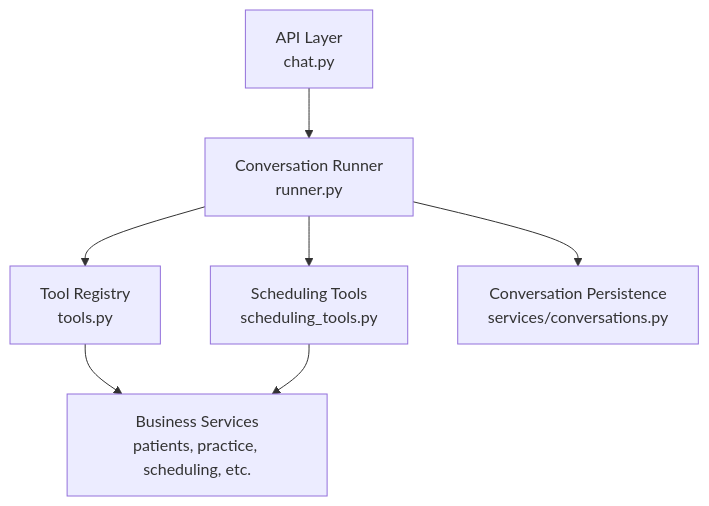
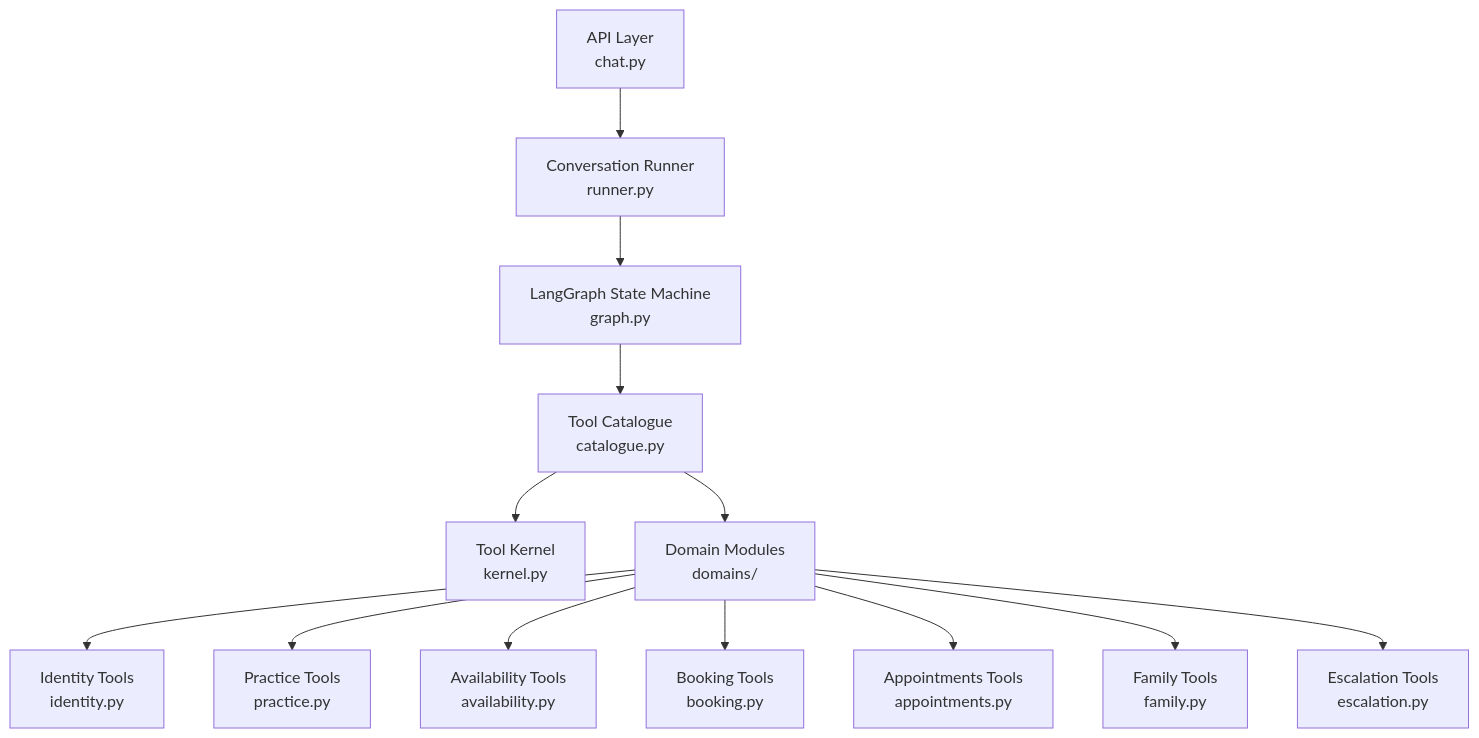
Before and after one commit to gokulkaarthicks/dental-chatbot: the first of 5 diagrams in .qoder/repowiki/en/content/AI Agent System/Tool Architecture/Tool Architecture.md, drawn with Mermaid. The commit also changed other lines of this file and 280 other files, not shown here.

````diff
--- a/.qoder/repowiki/en/content/AI Agent System/Tool Architecture/Tool Architecture.md
+++ b/.qoder/repowiki/en/content/AI Agent System/Tool Architecture/Tool Architecture.md
@@ -38,9 +52,15 @@
 ```mermaid
 graph TB
 API["API Layer<br/>chat.py"] --> Runner["Conversation Runner<br/>runner.py"]
-Runner --> ToolsRegistry["Tool Registry<br/>tools.py"]
-Runner --> SchedulingTools["Scheduling Tools<br/>scheduling_tools.py"]
-ToolsRegistry --> Services["Business Services<br/>patients, practice, scheduling, etc."]
-SchedulingTools --> Services
-Runner --> Persistence["Conversation Persistence<br/>services/conversations.py"]
+Runner --> Graph["LangGraph State Machine<br/>graph.py"]
+Graph --> Catalogue["Tool Catalogue<br/>catalogue.py"]
+Catalogue --> Kernel["Tool Kernel<br/>kernel.py"]
+Catalogue --> Domains["Domain Modules<br/>domains/"]
+Domains --> Identity["Identity Tools<br/>identity.py"]
+Domains --> Practice["Practice Tools<br/>practice.py"]
+Domains --> Availability["Availability Tools<br/>availability.py"]
+Domains --> Booking["Booking Tools<br/>booking.py"]
+Domains --> Appointments["Appointments Tools<br/>appointments.py"]
+Domains --> Family["Family Tools<br/>family.py"]
+Domains --> Escalation["Escalation Tools<br/>escalation.py"]
 ```
````
